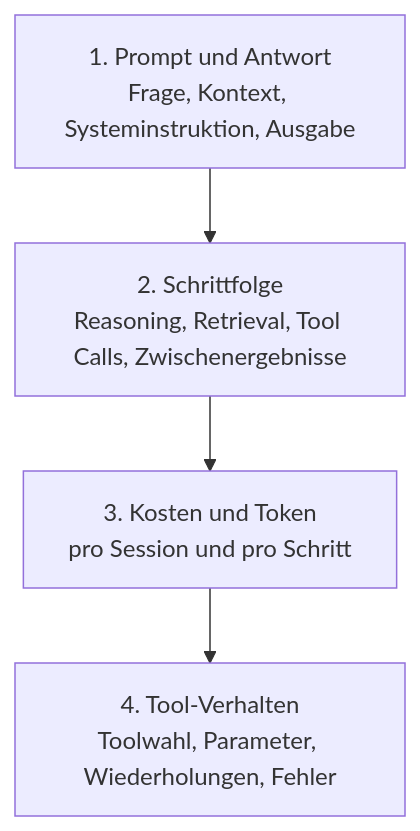
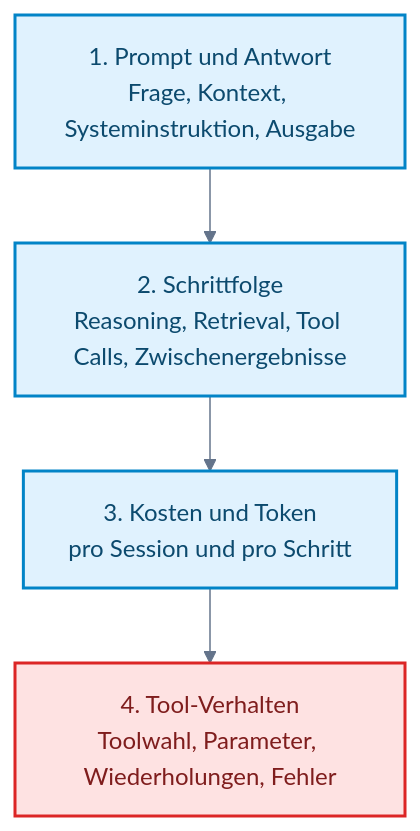
The second of 3 diagrams in docs/07-qualitaet-sicherheit/evaluation-observability.md (ralf-42/GenAI), drawn with Mermaid before and after one commit. The commit also changed other lines of this file and 25 other files, not shown here.

````diff
--- a/docs/07-qualitaet-sicherheit/evaluation-observability.md
+++ b/docs/07-qualitaet-sicherheit/evaluation-observability.md
@@ -86,9 +104,31 @@
 ```mermaid
+---
+config:
+  theme: base
+  look: classic
+  themeVariables:
+    primaryColor: '#e0f2fe'
+    primaryBorderColor: '#0284c7'
+    primaryTextColor: '#1e293b'
+    lineColor: '#64748b'
+    clusterBkg: '#f8fafc'
+    clusterBorder: '#cbd5e1'
+    noteBkgColor: '#fef3c7'
+    noteBorderColor: '#d97706'
+    noteTextColor: '#78350f'
+    edgeLabelBackground: '#ffffff'
+---
+
 flowchart TB
     L1["1. Prompt und Antwort\nFrage, Kontext, Systeminstruktion, Ausgabe"]
     L2["2. Schrittfolge\nReasoning, Retrieval, Tool Calls, Zwischenergebnisse"]
     L3["3. Kosten und Token\npro Session und pro Schritt"]
     L4["4. Tool-Verhalten\nToolwahl, Parameter, Wiederholungen, Fehler"]
 
     L1 --> L2 --> L3 --> L4
+
+%% Funktionsfarben nach Mermaid_Best_Practices.md
+classDef default fill:#e0f2fe,stroke:#0284c7,stroke-width:2px,color:#0c4a6e;
+classDef stop fill:#fee2e2,stroke:#dc2626,stroke-width:2px,color:#7f1d1d;
+class L4 stop;
 ```
````
